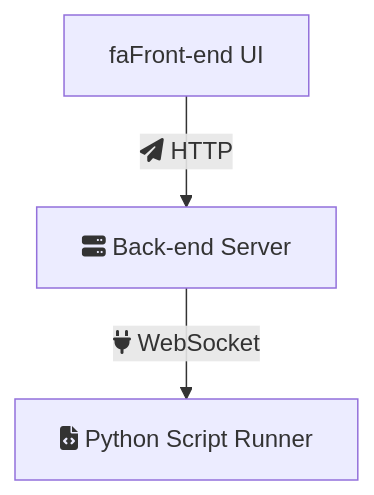
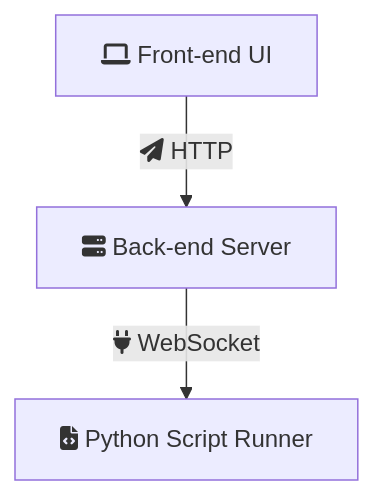
Before and after one commit to AlkeySheng/iodraw-files: the diagram in all/未命名.md, drawn with Mermaid.

Commit message:
2024-05-20 15:00:44 update

````diff
--- a/all/未命名.md
+++ b/all/未命名.md
@@ -1,6 +1,6 @@
 ```mermaid
 graph TD
-    A[faFront-end UI] -->|fa:fa-paper-plane HTTP| B[fa:fa-server Back-end Server]
+    A[fa:fa-laptop Front-end UI] -->|fa:fa-paper-plane HTTP| B[fa:fa-server Back-end Server]
     B -->|fa:fa-plug WebSocket| C[fa:fa-file-code Python Script Runner]
 
 ```
````
